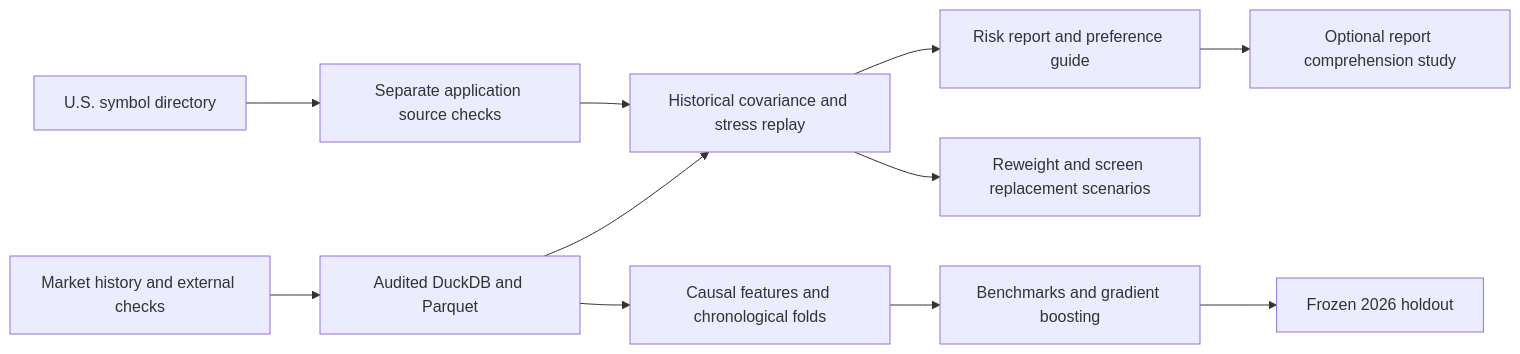
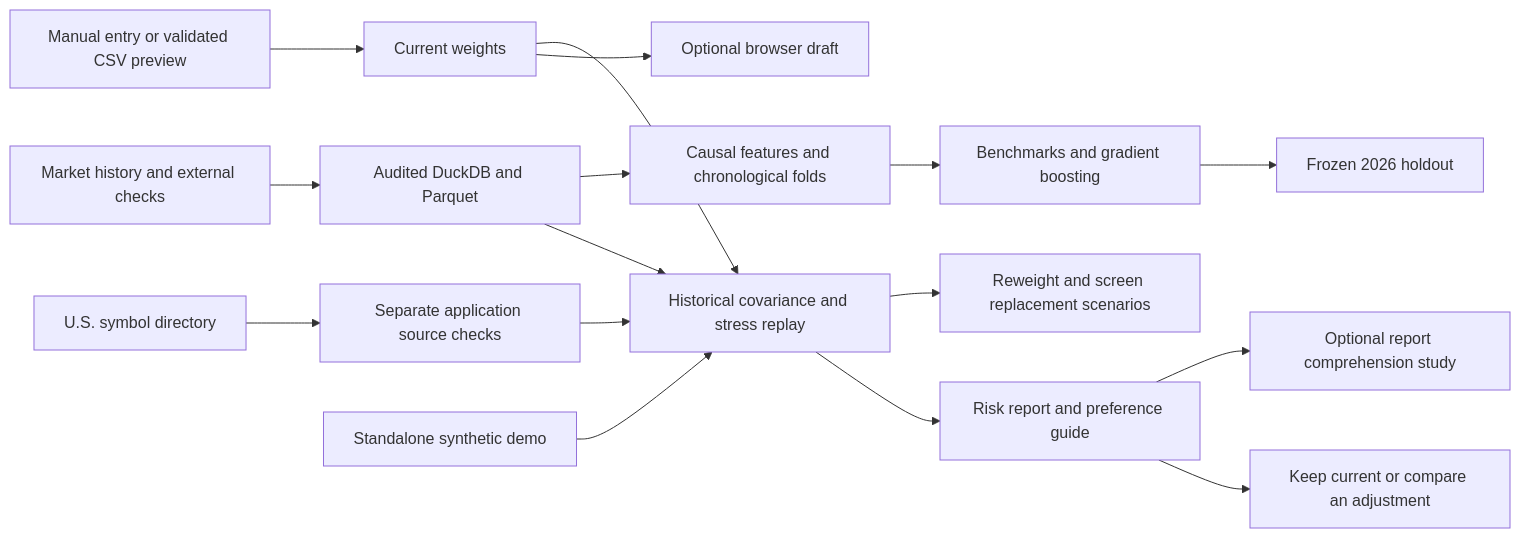
The diagram in README.md (alisaayz/portfolio-risk), drawn with Mermaid before and after one commit. The commit also changed other lines of this file and 12 other files, not shown here.

Commit message:
Add guided portfolio entry and a standalone riskitnot demo

````diff
--- a/README.md
+++ b/README.md
@@ -29,13 +32,18 @@
 ```mermaid
 flowchart LR
     A[Market history and external checks] --> B[Audited DuckDB and Parquet]
     C[U.S. symbol directory] --> D[Separate application source checks]
     B --> E[Historical covariance and stress replay]
     D --> E
+    L[Manual entry or validated CSV preview] --> M[Current weights]
+    M --> N[Optional browser draft]
+    M --> E
+    S[Standalone synthetic demo] --> E
     E --> F[Risk report and preference guide]
+    F --> P[Keep current or compare an adjustment]
     E --> G[Reweight and screen replacement scenarios]
     B --> H[Causal features and chronological folds]
     H --> I[Benchmarks and gradient boosting]
     I --> J[Frozen 2026 holdout]
     F --> K[Optional report comprehension study]
 ```
````
